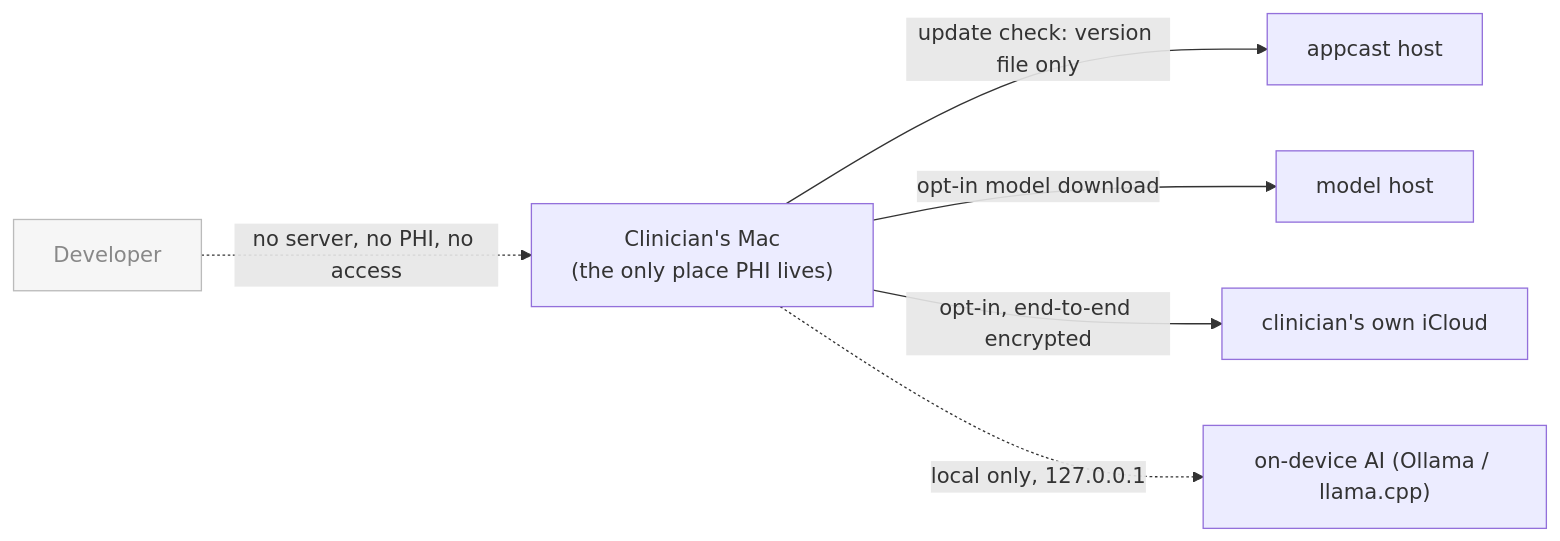
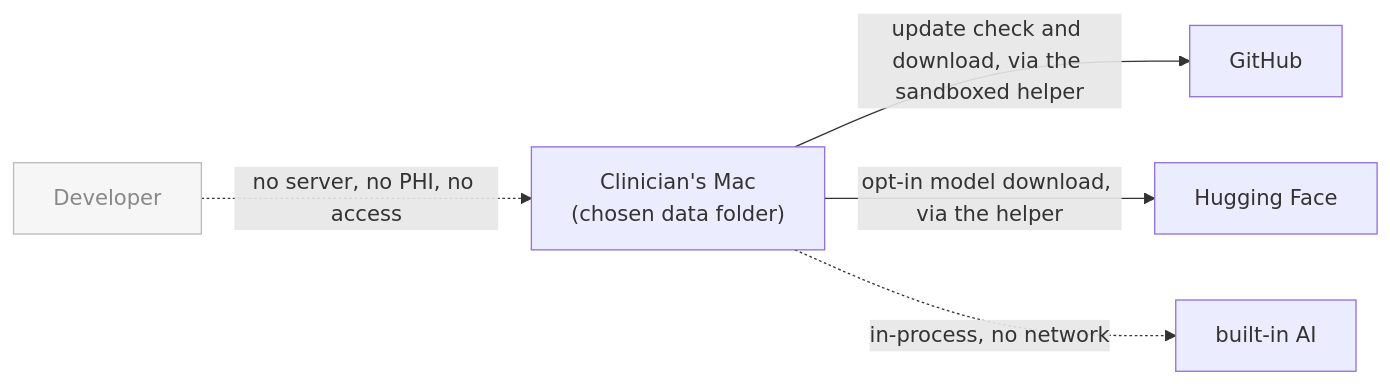
The diagram in docs/HIPAA-SAFEGUARDS.md (mgwedd/aletheia), drawn with Mermaid before and after one commit. The commit also changed other lines of this file and 12 other files, not shown here.

````diff
--- a/docs/HIPAA-SAFEGUARDS.md
+++ b/docs/HIPAA-SAFEGUARDS.md
@@ -19,11 +22,10 @@
 ```mermaid
 flowchart LR
-    C["Clinician's Mac<br/>(the only place PHI lives)"]
-    C -->|update check: version file only| U["appcast host"]
-    C -->|opt-in model download| M["model host"]
-    C -->|opt-in, end-to-end encrypted| I["clinician's own iCloud"]
-    C -.->|local only, 127.0.0.1| O["on-device AI (Ollama / llama.cpp)"]
+    C["Clinician's Mac<br/>(chosen data folder)"]
+    C -->|"update check and download, via the sandboxed helper"| U["GitHub"]
+    C -->|"opt-in model download, via the helper"| M["Hugging Face"]
+    C -.->|in-process, no network| O["built-in AI"]
     D["Developer"]:::none
     classDef none fill:#f6f6f6,stroke:#bbb,color:#888;
     D -. "no server, no PHI, no access" .-> C
 ```
````
